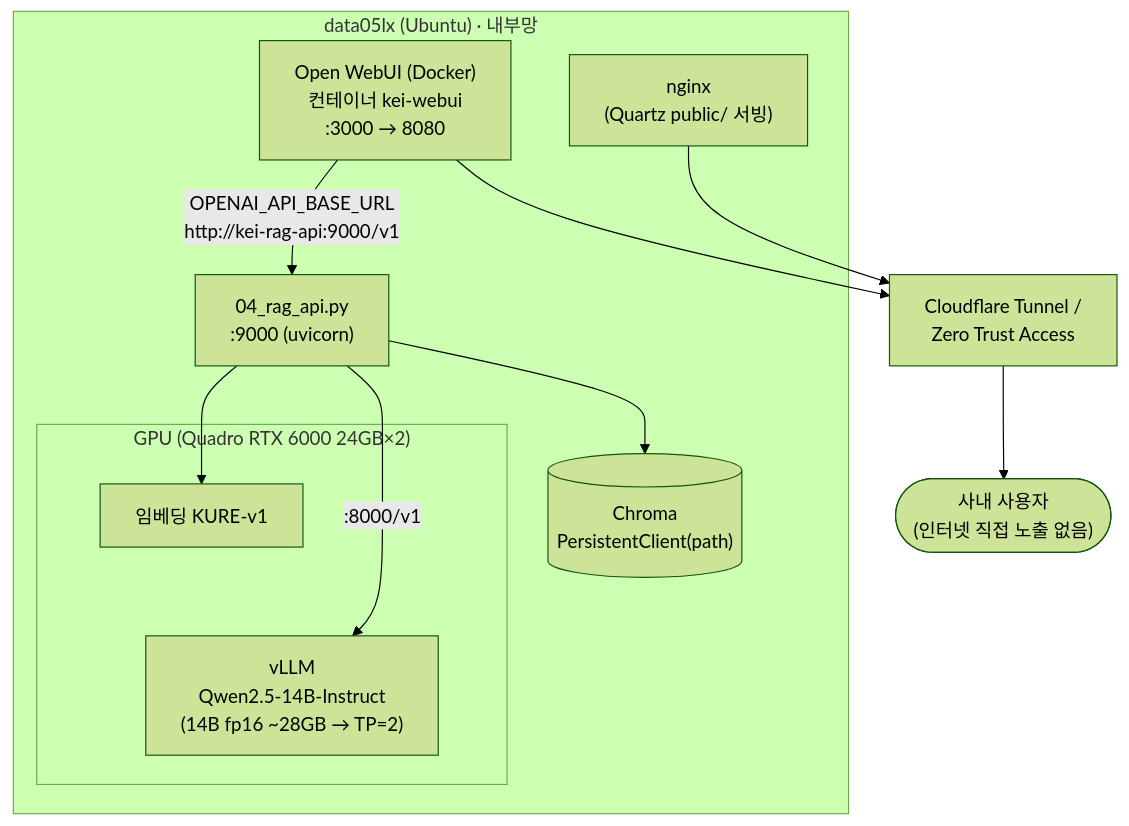
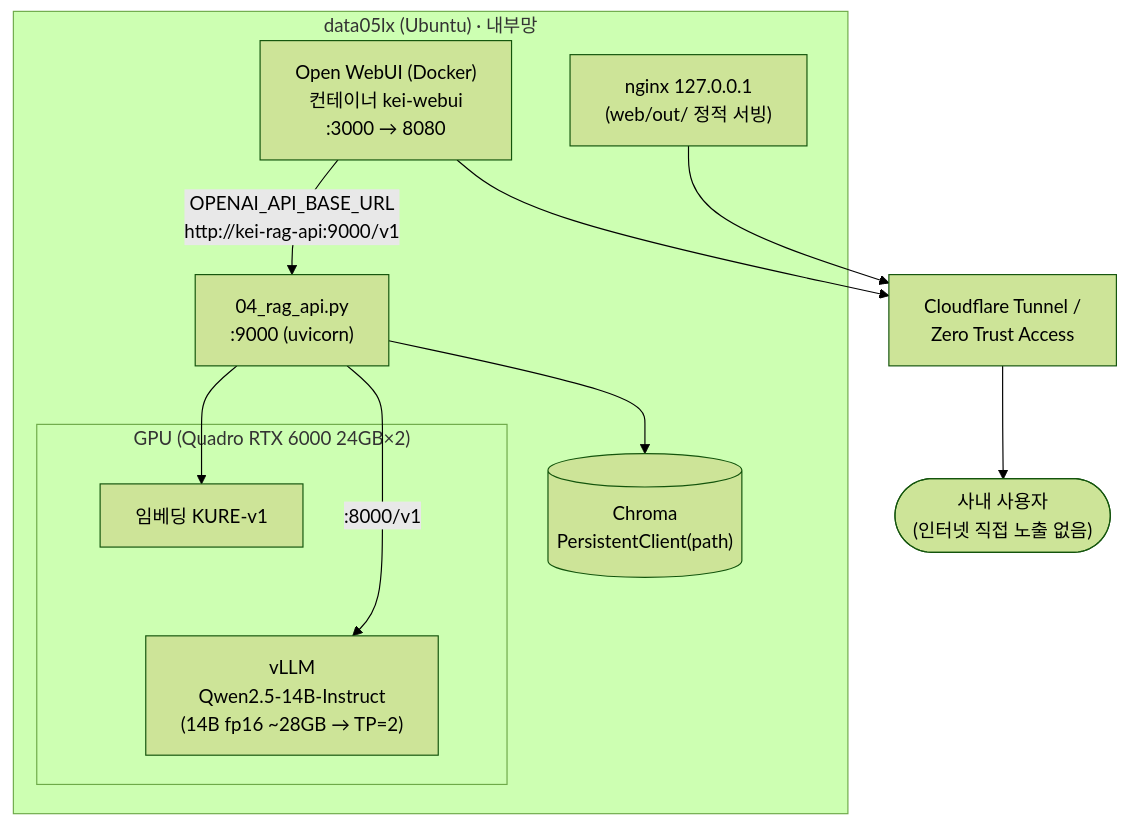
One commit to mooner92/KEIAdminSuperv changed the fourth of 4 diagrams in docs/02-architecture.md. Above: the diagram before and after it, drawn with Mermaid (forest theme). The commit also changed other lines of this file and 4 other files, not shown here.

````diff
--- a/docs/02-architecture.md
+++ b/docs/02-architecture.md
@@ -162,24 +176,24 @@
 ```mermaid
 flowchart TB
     subgraph HOST["data05lx (Ubuntu) · 내부망"]
         subgraph GPU["GPU (Quadro RTX 6000 24GB×2)"]
             VLLM["vLLM<br/>Qwen2.5-14B-Instruct<br/>(14B fp16 ~28GB → TP=2)"]
             EMB["임베딩 KURE-v1"]
         end
         RAG["04_rag_api.py<br/>:9000 (uvicorn)"]
         CHR[("Chroma<br/>PersistentClient(path)")]
         WEBUI["Open WebUI (Docker)<br/>컨테이너 kei-webui<br/>:3000 → 8080"]
-        NGINX["nginx<br/>(Quartz public/ 서빙)"]
+        NGINX["nginx 127.0.0.1<br/>(web/out/ 정적 서빙)"]
     end
 
     CFT["Cloudflare Tunnel /<br/>Zero Trust Access"]
 
     WEBUI -- "OPENAI_API_BASE_URL<br/>http://kei-rag-api:9000/v1" --> RAG
     RAG --> EMB
     RAG --> CHR
     RAG -- ":8000/v1" --> VLLM
     EMB --- GPU
     NGINX --> CFT
     WEBUI --> CFT
     CFT --> NET(["사내 사용자<br/>(인터넷 직접 노출 없음)"])
 ```
````
